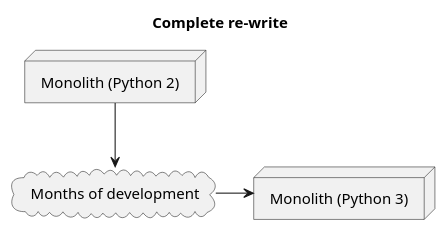
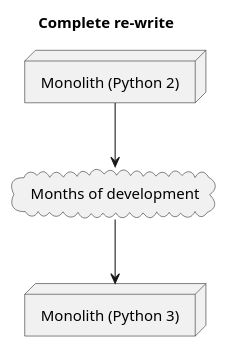
The fifth of 8 diagrams in BuildingMicroservices2nd/01.adoc (grierson/books), drawn with PlantUML before and after one commit. The commit also changed other lines of this file and 1 other file, not shown here.

```diff
--- a/BuildingMicroservices2nd/01.adoc
+++ b/BuildingMicroservices2nd/01.adoc
@@ -134,13 +133,13 @@
 [plantuml]
 ----
 @startuml
 title Complete re-write
 
 node s1 as "Monolith (Python 2)"
 node s2 as "Monolith (Python 3)"
 cloud months as "Months of development"
 
 s1 --> months
-months -> s2
+months --> s2
 @enduml
 ----
```
